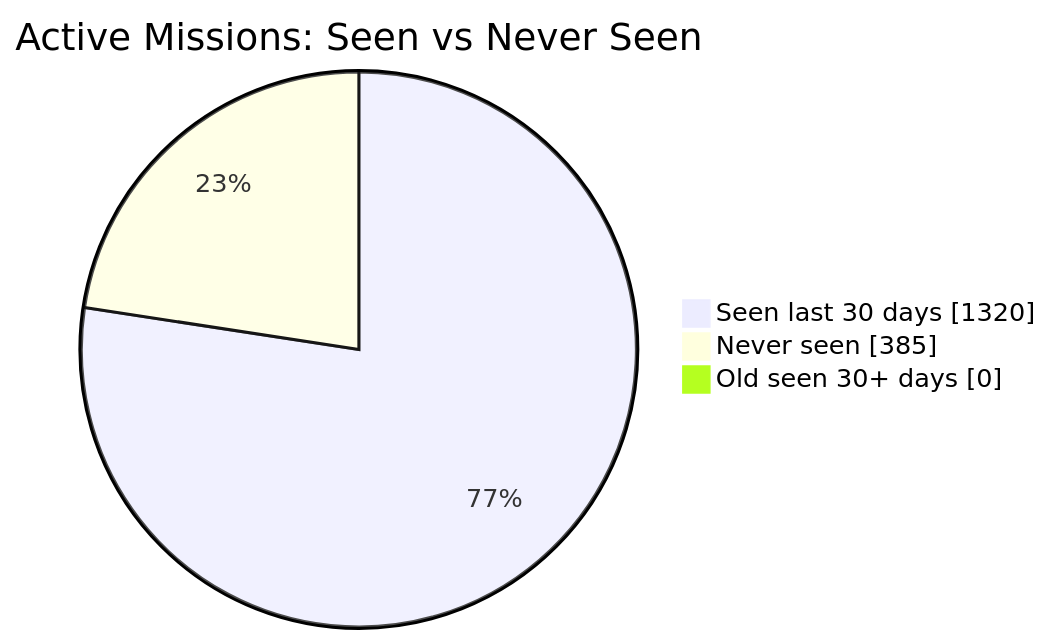
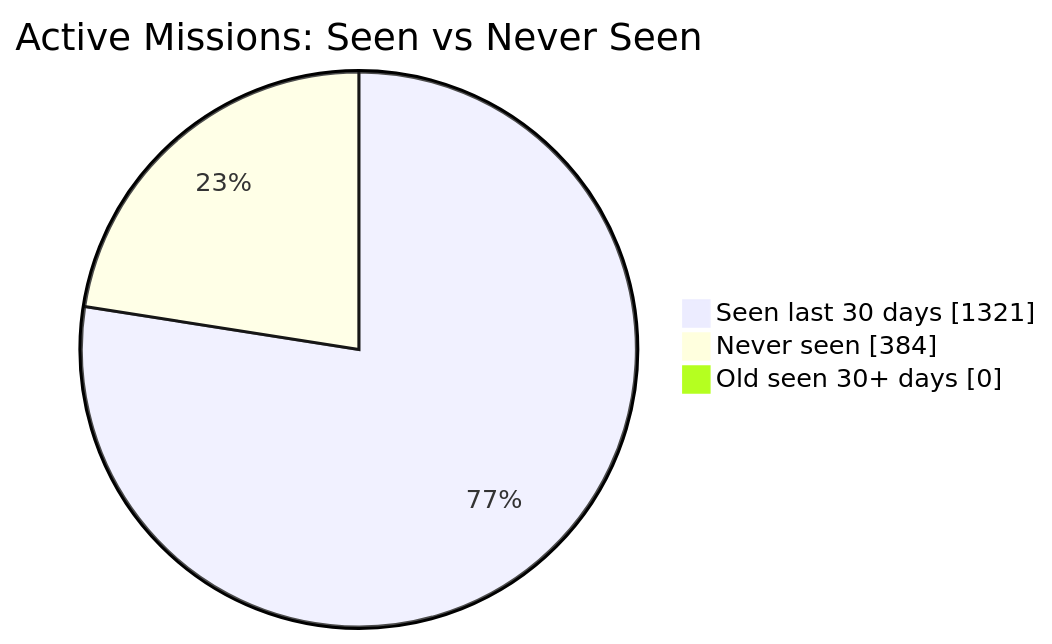
Before and after one commit to MeldkamerspelGameTeam/active-missions: the first of 2 diagrams in README.md, drawn with Mermaid. The commit also changed other lines of this file and 2 other files, not shown here.

````diff
--- a/README.md
+++ b/README.md
@@ -34,7 +34,7 @@
 ```mermaid
 pie showData
     title Active Missions: Seen vs Never Seen
-    "Seen last 30 days" : 1320
-    "Never seen" : 385
+    "Seen last 30 days" : 1321
+    "Never seen" : 384
     "Old seen 30+ days" : 0
 ```
````
